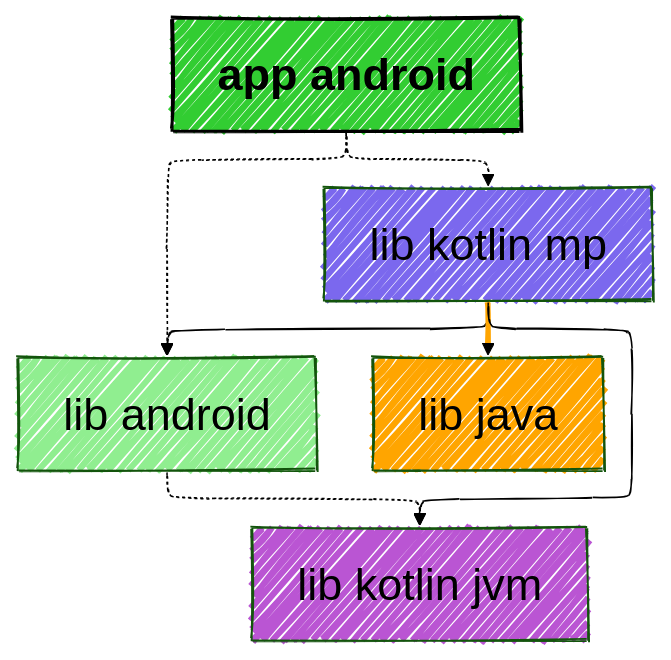
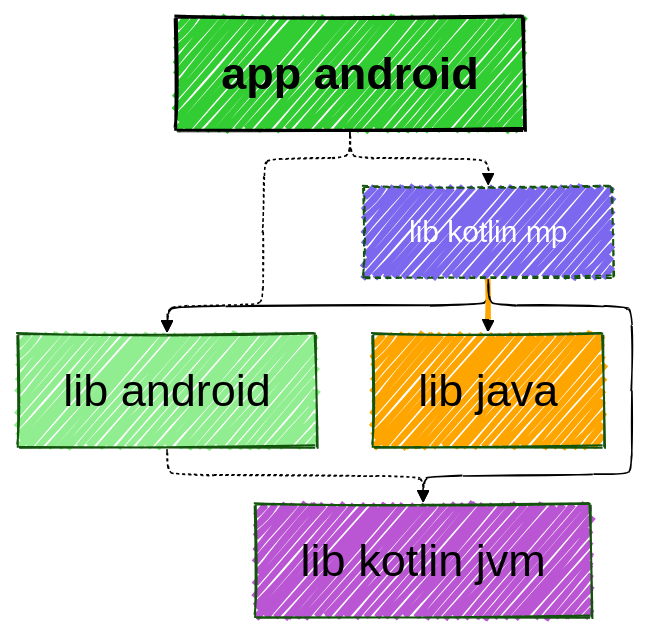
Before and after one commit to jonapoul/atlas: the diagram in samples/sample-mermaid/sample-app-android/modular/chart.mmd, drawn with Mermaid. The commit also changed 14 other files, not shown here.

```diff
--- a/samples/sample-mermaid/sample-app-android/modular/chart.mmd
+++ b/samples/sample-mermaid/sample-app-android/modular/chart.mmd
@@ -1,39 +1,39 @@
 ---
 config:
   layout: elk
   look: handDrawn
   theme: forest
   elk:
     mergeEdges: true
     forceNodeModelOrder: true
     nodePlacementStrategy: LINEAR_SEGMENTS
     cycleBreakingStrategy: INTERACTIVE
     considerModelOrder: PREFER_EDGES
   themeVariables:
     background: #FFF
     fontFamily: arial
     lineColor: #55FF55
     primaryBorderColor: #FF5555
     primaryColor: #ABC123
     darkMode: true
     fontSize: 30px
     defaultLinkColor: #5555FF
 ---
 graph TD
   app_android["app android"]
   lib_android["lib android"]
   lib_java["lib java"]
   lib_kotlin_jvm["lib kotlin jvm"]
   lib_kotlin_mp["lib kotlin mp"]
-  style app_android fill:limegreen,color:black,font-weight:bold,stroke:black,stroke-width:2px
-  style lib_android fill:lightgreen,color:black
-  style lib_java fill:orange,color:black
-  style lib_kotlin_jvm fill:mediumorchid,color:black
-  style lib_kotlin_mp fill:mediumslateblue,color:black
+  style app_android fill:limegreen,font-weight:bold,stroke:black,stroke-width:2px,fillcolor:limegreen
+  style lib_android fill:lightgreen,fillcolor:lightgreen
+  style lib_java fill:orange,fillcolor:orange
+  style lib_kotlin_jvm fill:mediumorchid,fillcolor:mediumorchid
+  style lib_kotlin_mp fill:mediumslateblue,color:white,stroke-dasharray:4 3 2 1,font-size:20px,fillcolor:mediumslateblue
   app_android -.-> lib_android
   app_android -.-> lib_kotlin_mp
   lib_android -.-> lib_kotlin_jvm
   lib_kotlin_mp --> lib_android
   lib_kotlin_mp ==> lib_java
   linkStyle 4 stroke:orange
   lib_kotlin_mp --> lib_kotlin_jvm
```
